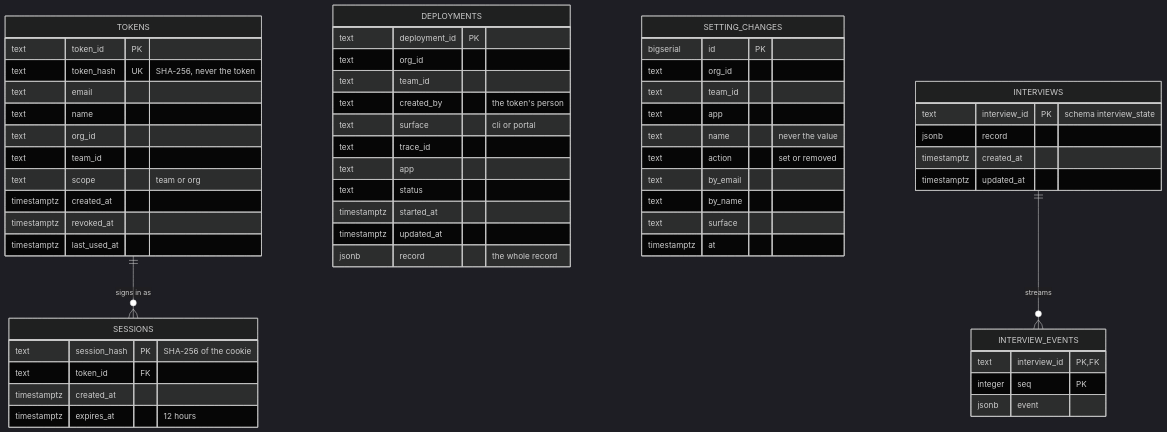
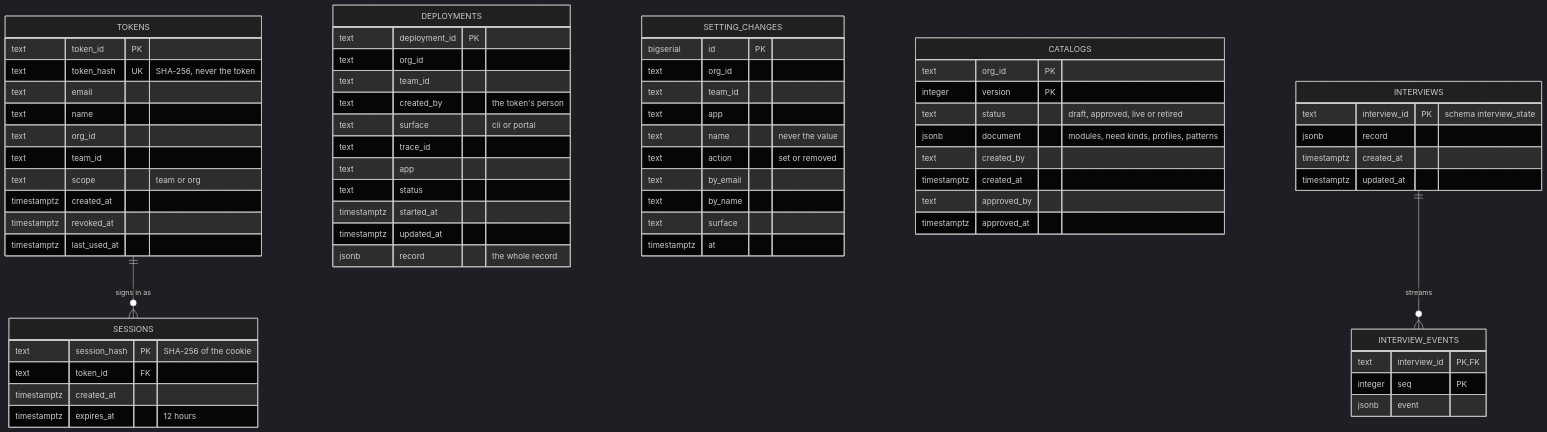
Diagram 11 of 12 in docs/ARCHITECTURE.md (GregKliewer/sealeye), drawn with Mermaid (dark theme) before and after one commit. The commit also changed other lines of this file and 15 other files, not shown here.

````diff
--- a/docs/ARCHITECTURE.md
+++ b/docs/ARCHITECTURE.md
@@ -461,59 +467,69 @@
 ```mermaid
 erDiagram
   TOKENS ||--o{ SESSIONS : "signs in as"
   TOKENS {
     text token_id PK
     text token_hash UK "SHA-256, never the token"
     text email
     text name
     text org_id
     text team_id
     text scope "team or org"
     timestamptz created_at
     timestamptz revoked_at
     timestamptz last_used_at
   }
   SESSIONS {
     text session_hash PK "SHA-256 of the cookie"
     text token_id FK
     timestamptz created_at
     timestamptz expires_at "12 hours"
   }
   DEPLOYMENTS {
     text deployment_id PK
     text org_id
     text team_id
     text created_by "the token's person"
     text surface "cli or portal"
     text trace_id
     text app
     text status
     timestamptz started_at
     timestamptz updated_at
     jsonb record "the whole record"
   }
   SETTING_CHANGES {
     bigserial id PK
     text org_id
     text team_id
     text app
     text name "never the value"
     text action "set or removed"
     text by_email
     text by_name
     text surface
     timestamptz at
   }
+  CATALOGS {
+    text org_id PK
+    integer version PK
+    text status "draft, approved, live or retired"
+    jsonb document "modules, need kinds, profiles, patterns"
+    text created_by
+    timestamptz created_at
+    text approved_by
+    timestamptz approved_at
+  }
   INTERVIEWS {
     text interview_id PK "schema interview_state"
     jsonb record
     timestamptz created_at
     timestamptz updated_at
   }
   INTERVIEW_EVENTS {
     text interview_id PK, FK
     integer seq PK
     jsonb event
   }
   INTERVIEWS ||--o{ INTERVIEW_EVENTS : "streams"
 ```
````
